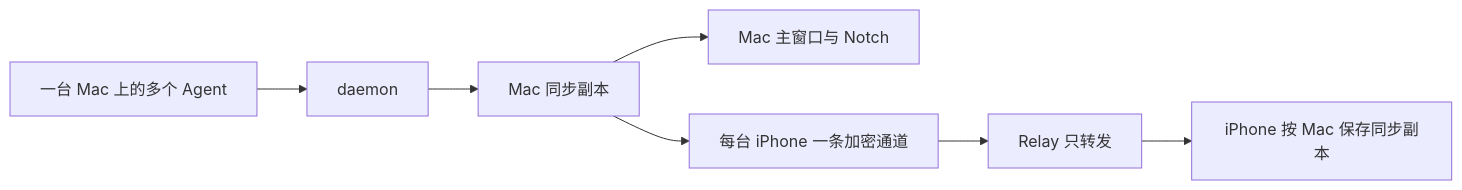
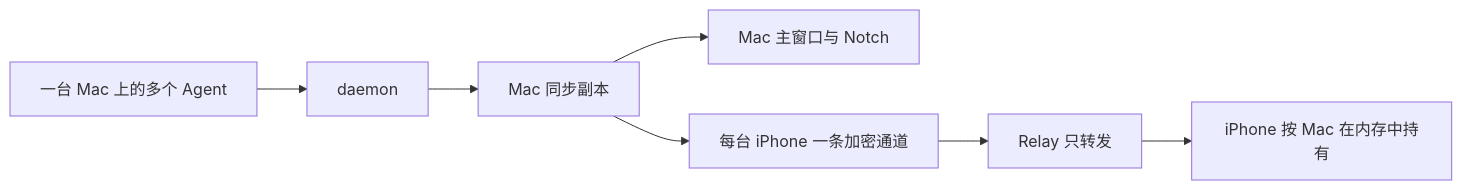
The diagram in docs/feat/data-flows.md (AFutureD/Lumi), drawn with Mermaid before and after one commit. The commit also changed other lines of this file and 54 other files, not shown here.

````diff
--- a/docs/feat/data-flows.md
+++ b/docs/feat/data-flows.md
@@ -9,9 +9,9 @@
 ```mermaid
 flowchart LR
     A["一台 Mac 上的多个 Agent"] --> B["daemon"]
     B --> C["Mac 同步副本"]
     C --> D["Mac 主窗口与 Notch"]
     C --> E["每台 iPhone 一条加密通道"]
     E --> F["Relay 只转发"]
-    F --> G["iPhone 按 Mac 保存同步副本"]
+    F --> G["iPhone 按 Mac 在内存中持有"]
 ```
````
